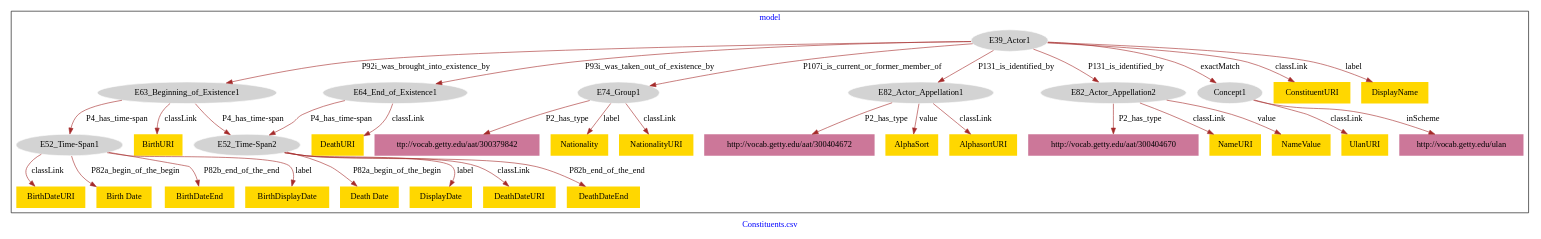
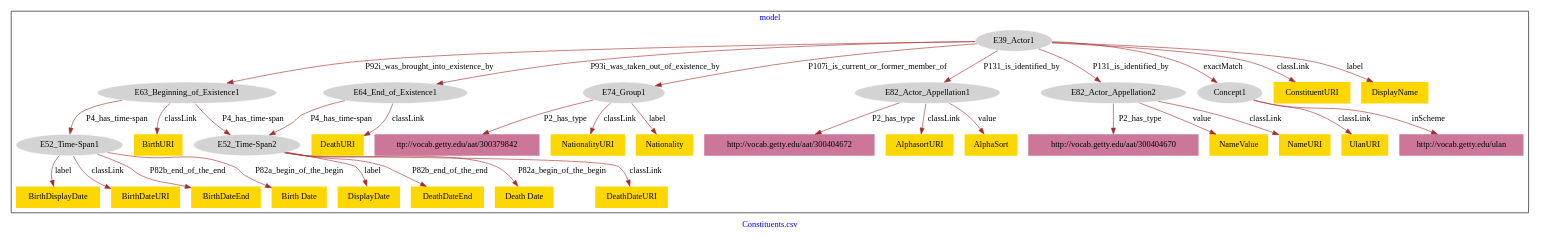
The diagram in Constituents_institutions/Constituents_institutions-model.dot (american-art/GM), drawn with Graphviz before and after one commit.

Commit message:
Update file Constituents_institutions-model.dot

```diff
--- a/Constituents_institutions/Constituents_institutions-model.dot
+++ b/Constituents_institutions/Constituents_institutions-model.dot
@@ -1,72 +1,72 @@
 digraph n0 {
 fontcolor="blue"
 remincross="true"
 label="Constituents.csv"
 subgraph cluster {
 label="model"
 n2[style="filled",color="white",fillcolor="lightgray",label="E39_Actor1"];
 n3[style="filled",color="white",fillcolor="lightgray",label="E63_Beginning_of_Existence1"];
 n4[style="filled",color="white",fillcolor="lightgray",label="E64_End_of_Existence1"];
 n5[style="filled",color="white",fillcolor="lightgray",label="E74_Group1"];
 n6[style="filled",color="white",fillcolor="lightgray",label="E82_Actor_Appellation1"];
 n7[style="filled",color="white",fillcolor="lightgray",label="E82_Actor_Appellation2"];
 n8[style="filled",color="white",fillcolor="lightgray",label="Concept1"];
 n9[style="filled",color="white",fillcolor="lightgray",label="E52_Time-Span1"];
 n10[style="filled",color="white",fillcolor="lightgray",label="E52_Time-Span2"];
-n11[shape="plaintext",style="filled",fillcolor="gold",label="ConstituentURI"];
-n12[shape="plaintext",style="filled",fillcolor="gold",label="NameURI"];
-n13[shape="plaintext",style="filled",fillcolor="gold",label="DeathURI"];
-n14[shape="plaintext",style="filled",fillcolor="gold",label="BirthDateURI"];
-n15[shape="plaintext",style="filled",fillcolor="gold",label="Birth Date"];
-n16[shape="plaintext",style="filled",fillcolor="gold",label="Nationality"];
-n17[shape="plaintext",style="filled",fillcolor="gold",label="Death Date"];
-n18[shape="plaintext",style="filled",fillcolor="gold",label="DisplayDate"];
-n19[shape="plaintext",style="filled",fillcolor="gold",label="UlanURI"];
-n20[shape="plaintext",style="filled",fillcolor="gold",label="NameValue"];
-n21[shape="plaintext",style="filled",fillcolor="gold",label="AlphaSort"];
-n22[shape="plaintext",style="filled",fillcolor="gold",label="DisplayName"];
-n23[shape="plaintext",style="filled",fillcolor="gold",label="DeathDateURI"];
+n11[shape="plaintext",style="filled",fillcolor="gold",label="UlanURI"];
+n12[shape="plaintext",style="filled",fillcolor="gold",label="BirthURI"];
+n13[shape="plaintext",style="filled",fillcolor="gold",label="AlphasortURI"];
+n14[shape="plaintext",style="filled",fillcolor="gold",label="ConstituentURI"];
+n15[shape="plaintext",style="filled",fillcolor="gold",label="DisplayName"];
+n16[shape="plaintext",style="filled",fillcolor="gold",label="AlphaSort"];
+n17[shape="plaintext",style="filled",fillcolor="gold",label="NationalityURI"];
+n18[shape="plaintext",style="filled",fillcolor="gold",label="Nationality"];
+n19[shape="plaintext",style="filled",fillcolor="gold",label="NameValue"];
+n20[shape="plaintext",style="filled",fillcolor="gold",label="DisplayDate"];
+n21[shape="plaintext",style="filled",fillcolor="gold",label="BirthDisplayDate"];
+n22[shape="plaintext",style="filled",fillcolor="gold",label="NameURI"];
+n23[shape="plaintext",style="filled",fillcolor="gold",label="BirthDateURI"];
 n24[shape="plaintext",style="filled",fillcolor="gold",label="DeathDateEnd"];
 n25[shape="plaintext",style="filled",fillcolor="gold",label="BirthDateEnd"];
-n26[shape="plaintext",style="filled",fillcolor="gold",label="NationalityURI"];
-n27[shape="plaintext",style="filled",fillcolor="gold",label="AlphasortURI"];
-n28[shape="plaintext",style="filled",fillcolor="gold",label="BirthURI"];
-n29[shape="plaintext",style="filled",fillcolor="gold",label="BirthDisplayDate"];
+n26[shape="plaintext",style="filled",fillcolor="gold",label="Death Date"];
+n27[shape="plaintext",style="filled",fillcolor="gold",label="Birth Date"];
+n28[shape="plaintext",style="filled",fillcolor="gold",label="DeathURI"];
+n29[shape="plaintext",style="filled",fillcolor="gold",label="DeathDateURI"];
 n30[shape="plaintext",style="filled",fillcolor="#CC7799",label="http://vocab.getty.edu/aat/300404672"];
 n31[shape="plaintext",style="filled",fillcolor="#CC7799",label="ttp://vocab.getty.edu/aat/300379842"];
 n32[shape="plaintext",style="filled",fillcolor="#CC7799",label="http://vocab.getty.edu/aat/300404670"];
 n33[shape="plaintext",style="filled",fillcolor="#CC7799",label="http://vocab.getty.edu/ulan"];
 }
 n2 -> n3[color="brown",fontcolor="black",label="P92i_was_brought_into_existence_by"]
 n2 -> n4[color="brown",fontcolor="black",label="P93i_was_taken_out_of_existence_by"]
 n2 -> n5[color="brown",fontcolor="black",label="P107i_is_current_or_former_member_of"]
 n2 -> n6[color="brown",fontcolor="black",label="P131_is_identified_by"]
 n2 -> n7[color="brown",fontcolor="black",label="P131_is_identified_by"]
 n2 -> n8[color="brown",fontcolor="black",label="exactMatch"]
 n3 -> n9[color="brown",fontcolor="black",label="P4_has_time-span"]
 n3 -> n10[color="brown",fontcolor="black",label="P4_has_time-span"]
-n2 -> n11[color="brown",fontcolor="black",label="classLink"]
-n7 -> n12[color="brown",fontcolor="black",label="classLink"]
-n4 -> n13[color="brown",fontcolor="black",label="classLink"]
-n9 -> n14[color="brown",fontcolor="black",label="classLink"]
-n9 -> n15[color="brown",fontcolor="black",label="P82a_begin_of_the_begin"]
-n5 -> n16[color="brown",fontcolor="black",label="label"]
-n10 -> n17[color="brown",fontcolor="black",label="P82a_begin_of_the_begin"]
-n10 -> n18[color="brown",fontcolor="black",label="label"]
-n8 -> n19[color="brown",fontcolor="black",label="classLink"]
-n7 -> n20[color="brown",fontcolor="black",label="value"]
-n6 -> n21[color="brown",fontcolor="black",label="value"]
-n2 -> n22[color="brown",fontcolor="black",label="label"]
-n10 -> n23[color="brown",fontcolor="black",label="classLink"]
+n8 -> n11[color="brown",fontcolor="black",label="classLink"]
+n3 -> n12[color="brown",fontcolor="black",label="classLink"]
+n6 -> n13[color="brown",fontcolor="black",label="classLink"]
+n2 -> n14[color="brown",fontcolor="black",label="classLink"]
+n2 -> n15[color="brown",fontcolor="black",label="label"]
+n6 -> n16[color="brown",fontcolor="black",label="value"]
+n5 -> n17[color="brown",fontcolor="black",label="classLink"]
+n5 -> n18[color="brown",fontcolor="black",label="label"]
+n7 -> n19[color="brown",fontcolor="black",label="value"]
+n10 -> n20[color="brown",fontcolor="black",label="label"]
+n9 -> n21[color="brown",fontcolor="black",label="label"]
+n7 -> n22[color="brown",fontcolor="black",label="classLink"]
+n9 -> n23[color="brown",fontcolor="black",label="classLink"]
 n10 -> n24[color="brown",fontcolor="black",label="P82b_end_of_the_end"]
 n9 -> n25[color="brown",fontcolor="black",label="P82b_end_of_the_end"]
-n5 -> n26[color="brown",fontcolor="black",label="classLink"]
-n6 -> n27[color="brown",fontcolor="black",label="classLink"]
-n3 -> n28[color="brown",fontcolor="black",label="classLink"]
-n9 -> n29[color="brown",fontcolor="black",label="label"]
+n10 -> n26[color="brown",fontcolor="black",label="P82a_begin_of_the_begin"]
+n9 -> n27[color="brown",fontcolor="black",label="P82a_begin_of_the_begin"]
+n4 -> n28[color="brown",fontcolor="black",label="classLink"]
+n10 -> n29[color="brown",fontcolor="black",label="classLink"]
 n6 -> n30[color="brown",fontcolor="black",label="P2_has_type"]
 n5 -> n31[color="brown",fontcolor="black",label="P2_has_type"]
 n7 -> n32[color="brown",fontcolor="black",label="P2_has_type"]
 n8 -> n33[color="brown",fontcolor="black",label="inScheme"]
 n4 -> n10[color="brown",fontcolor="black",label="P4_has_time-span"]
 }
```
